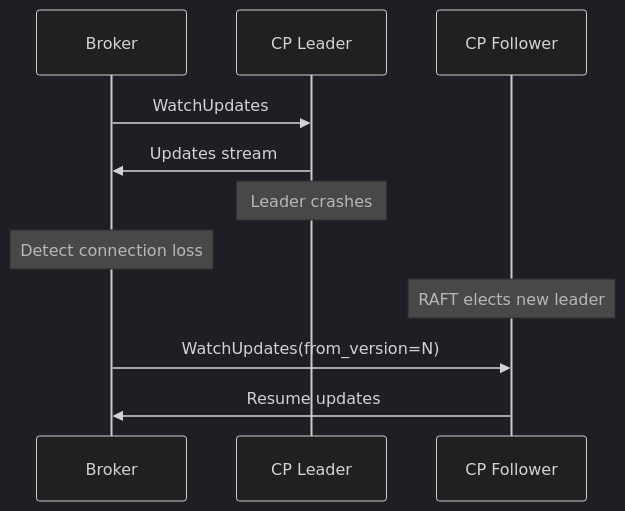
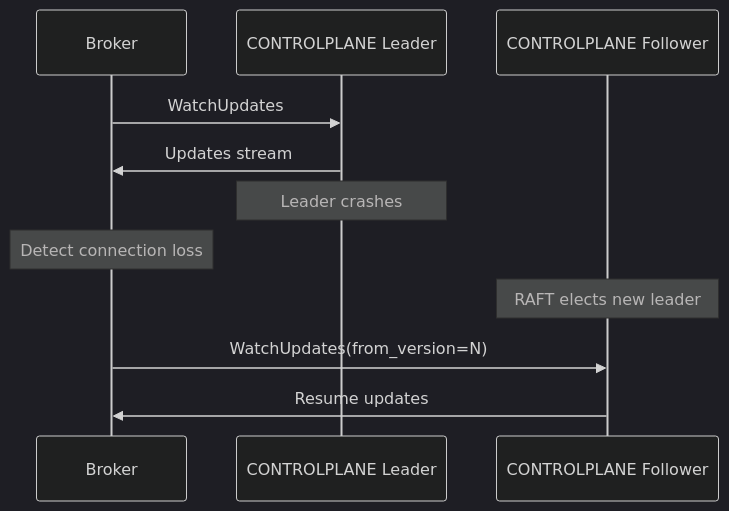
Before and after one commit to gabloe/felix: the third of 3 diagrams in docs-site/docs/api/control-plane-api.md, drawn with Mermaid (dark theme). The commit also changed other lines of this file and 24 other files, not shown here.

````diff
--- a/docs-site/docs/api/control-plane-api.md
+++ b/docs-site/docs/api/control-plane-api.md
@@ -538,17 +538,17 @@
 ```mermaid
 sequenceDiagram
     participant B as Broker
-    participant CP1 as CP Leader
-    participant CP2 as CP Follower
+    participant CONTROLPLANE1 as CONTROLPLANE Leader
+    participant CONTROLPLANE2 as CONTROLPLANE Follower
     
-    B->>CP1: WatchUpdates
-    CP1->>B: Updates stream
+    B->>CONTROLPLANE1: WatchUpdates
+    CONTROLPLANE1->>B: Updates stream
     
-    Note over CP1: Leader crashes
+    Note over CONTROLPLANE1: Leader crashes
     Note over B: Detect connection loss
     
-    Note over CP2: RAFT elects new leader
+    Note over CONTROLPLANE2: RAFT elects new leader
     
-    B->>CP2: WatchUpdates(from_version=N)
-    CP2->>B: Resume updates
+    B->>CONTROLPLANE2: WatchUpdates(from_version=N)
+    CONTROLPLANE2->>B: Resume updates
 ```
````
